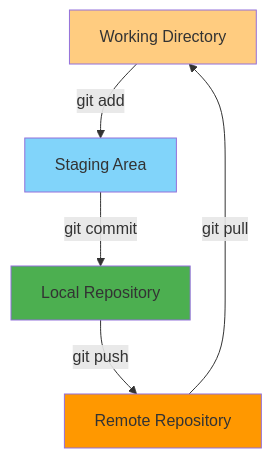
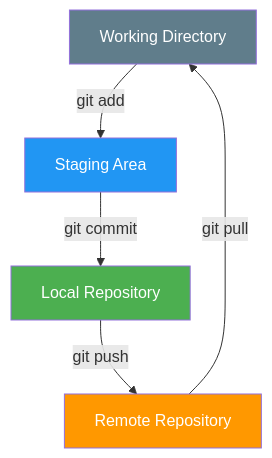
One commit to joseluisgs/DesarrolloWebEntornosServidor-01-2026-2027 changed the sixth of 10 diagrams in csharp_inicial/01-ControlVersiones.md. Above: the diagram before and after it, drawn with Mermaid. The commit also changed other lines of this file and 77 other files, not shown here.

````diff
--- a/csharp_inicial/01-ControlVersiones.md
+++ b/csharp_inicial/01-ControlVersiones.md
@@ -143,12 +154,12 @@
 ```mermaid
 graph TD
     A["Working Directory"] -->|git add| B["Staging Area"]
     B -->|git commit| C["Local Repository"]
     C -->|git push| D["Remote Repository"]
     D -->|git pull| A
     
-    style A fill:#FFCC80
-    style B fill:#81D4FA
-    style C fill:#4CAF50
-    style D fill:#FF9800
+    style A fill:#607D8B,color:#fff
+    style B fill:#2196F3,color:#fff
+    style C fill:#4CAF50,color:#fff
+    style D fill:#FF9800,color:#fff
 ```
````
